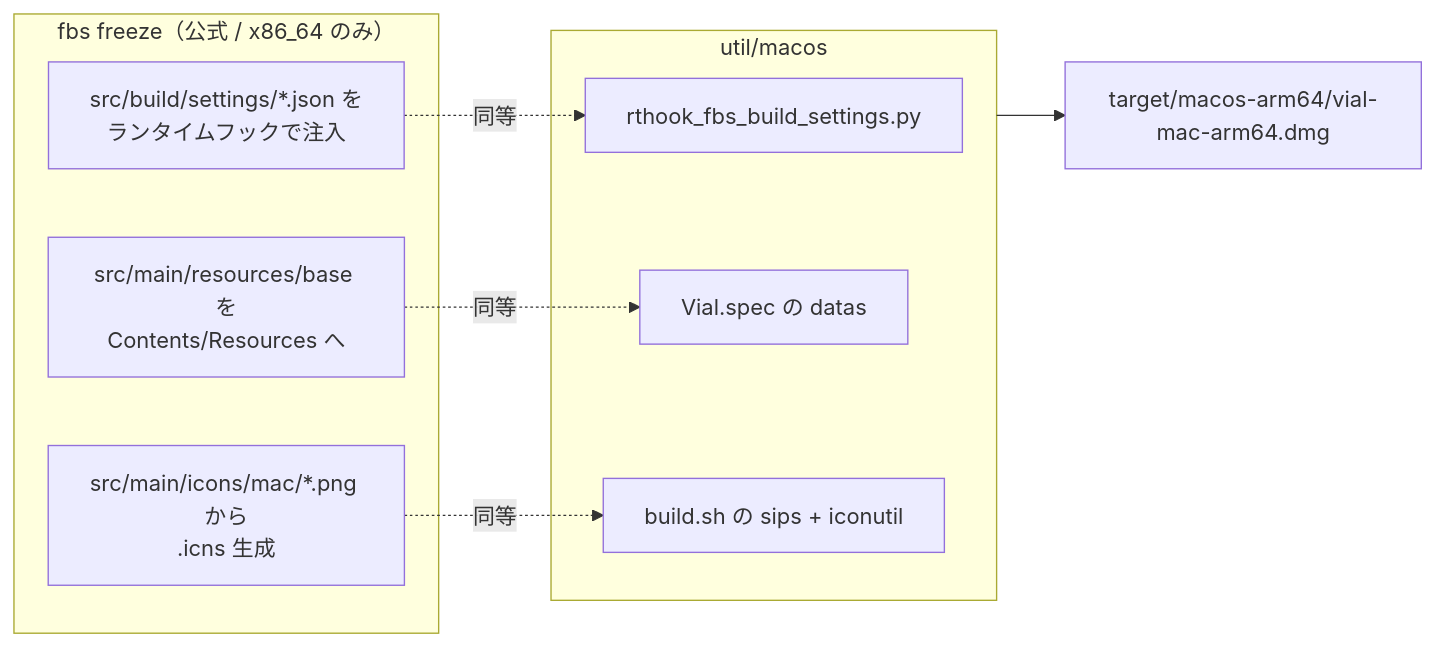
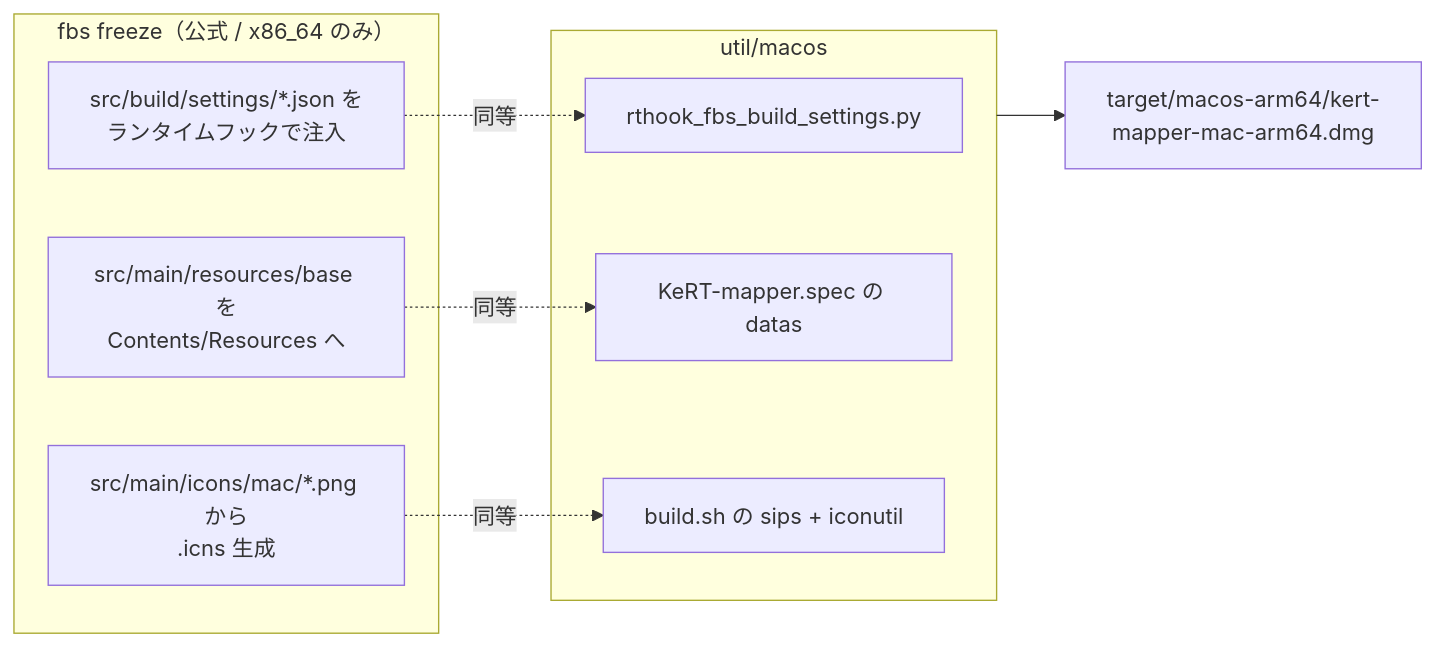
Before and after one commit to digitarhythm/KeRT-Keymapper: the first of 2 diagrams in util/macos/README.md, drawn with Mermaid. The commit also changed other lines of this file and 12 other files, not shown here.

````diff
--- a/util/macos/README.md
+++ b/util/macos/README.md
@@ -10,17 +10,17 @@
 ```mermaid
 flowchart LR
     subgraph fbs["fbs freeze（公式 / x86_64 のみ）"]
         F1["src/build/settings/*.json を<br/>ランタイムフックで注入"]
         F2["src/main/resources/base を<br/>Contents/Resources へ"]
         F3["src/main/icons/mac/*.png から<br/>.icns 生成"]
     end
     subgraph here["util/macos"]
         H1["rthook_fbs_build_settings.py"]
-        H2["Vial.spec の datas"]
+        H2["KeRT-mapper.spec の datas"]
         H3["build.sh の sips + iconutil"]
     end
     F1 -. 同等 .-> H1
     F2 -. 同等 .-> H2
     F3 -. 同等 .-> H3
-    here --> A["target/macos-arm64/vial-mac-arm64.dmg"]
+    here --> A["target/macos-arm64/kert-mapper-mac-arm64.dmg"]
 ```
````
